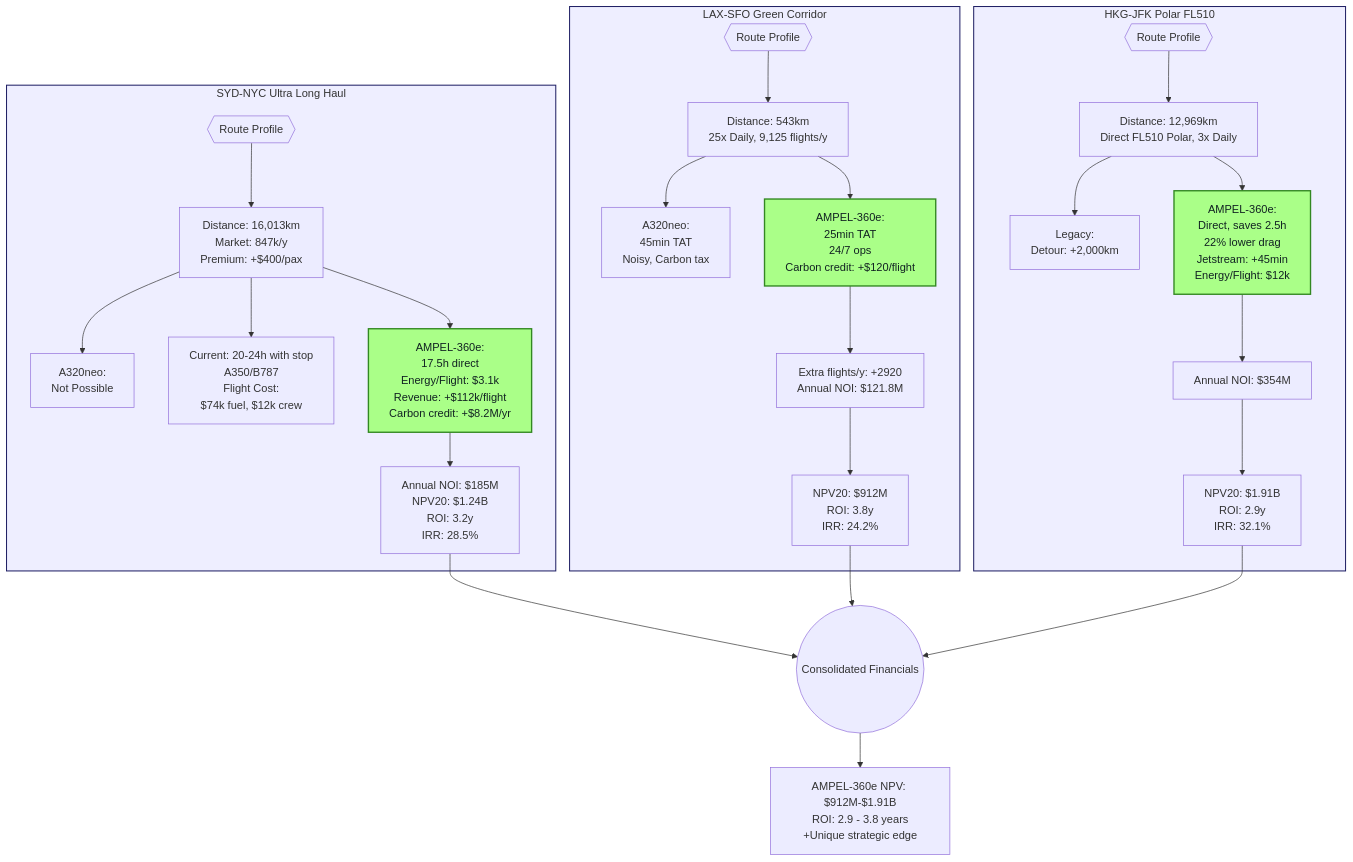
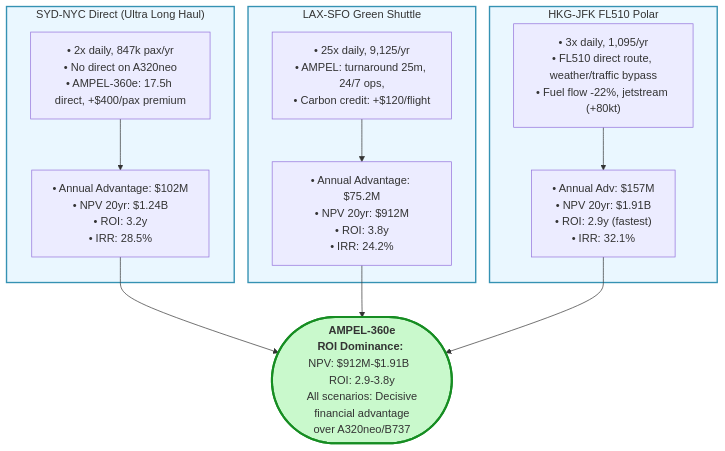
The diagram in 01-PROGRAMS/AMPEL360E/01-CONCEPT/ANALISIS-COMPETITIVO/QAIR-360e-ALI-DP-DOC-PDF-000-00-00-CON-009-B._Ajnalisi_financiero_comparativo.md (Robbbo-T/GAIA-QUANTUM-AEROSPACE-ORGANIZATION-ADVANCED-VENTURE), drawn with Mermaid before and after one commit. The commit also changed other lines of this file, not shown here.

````diff
--- a/01-PROGRAMS/AMPEL360E/01-CONCEPT/ANALISIS-COMPETITIVO/QAIR-360e-ALI-DP-DOC-PDF-000-00-00-CON-009-B._Ajnalisi_financiero_comparativo.md
+++ b/01-PROGRAMS/AMPEL360E/01-CONCEPT/ANALISIS-COMPETITIVO/QAIR-360e-ALI-DP-DOC-PDF-000-00-00-CON-009-B._Ajnalisi_financiero_comparativo.md
@@ -299,95 +299,57 @@
 ```mermaid
 flowchart TB
+  %% SCENARIO 1
+  subgraph S1 ["SYD-NYC Direct (Ultra Long Haul)"]
+    SYDA["`• 2x daily, 847k pax/yr
+• No direct on A320neo
+• AMPEL-360e: 17.5h direct, +$400/pax premium`"]
+    SYDM["`• Annual Advantage: $102M
+• NPV 20yr: $1.24B
+• ROI: 3.2y
+• IRR: 28.5%`"]
+    SYDA --> SYDM
+  end
 
-%% SYD-NYC Ultra Long Haul
-subgraph S1 ["SYD-NYC Ultra Long Haul"]
-  S1A{{"Route Profile"}}
-  S1A1["`Distance: 16,013km
-Market: 847k/y
-Premium: +\$400/pax`"]
-  S1A2["`A320neo:
-Not Possible`"]
-  S1A3["`Current: 20-24h with stop
-A350/B787
-Flight Cost:
-\$74k fuel, \$12k crew`"]
-  S1A4["`AMPEL-360e:
-17.5h direct
-Energy/Flight: \$3.1k
-Revenue: +\$112k/flight
-Carbon credit: +\$8.2M/yr`"]
-  S1A5["`Annual NOI: \$185M
-NPV20: \$1.24B
-ROI: 3.2y
-IRR: 28.5%`"]
-  S1A --> S1A1
-  S1A1 --> S1A2
-  S1A1 --> S1A3
-  S1A1 --> S1A4
-  S1A4 --> S1A5
-end
+  %% SCENARIO 2
+  subgraph S2 ["LAX-SFO Green Shuttle"]
+    LAXA["`• 25x daily, 9,125/yr
+• AMPEL: turnaround 25m, 24/7 ops,
+• Carbon credit: +$120/flight`"]
+    LAXM["`• Annual Advantage: $75.2M
+• NPV 20yr: $912M
+• ROI: 3.8y
+• IRR: 24.2%`"]
+    LAXA --> LAXM
+  end
 
-%% LAX-SFO High-Freq Green Corridor
-subgraph S2 ["LAX-SFO Green Corridor"]
-  S2A{{"Route Profile"}}
-  S2A1["`Distance: 543km
-25x Daily, 9,125 flights/y`"]
-  S2A2["`A320neo:
-45min TAT
-Noisy, Carbon tax`"]
-  S2A3["`AMPEL-360e:
-25min TAT
-24/7 ops
-Carbon credit: +\$120/flight`"]
-  S2A4["`Extra flights/y: +2920
-Annual NOI: \$121.8M`"]
-  S2A5["`NPV20: \$912M
-ROI: 3.8y
-IRR: 24.2%`"]
-  S2A --> S2A1
-  S2A1 --> S2A2
-  S2A1 --> S2A3
-  S2A3 --> S2A4
-  S2A4 --> S2A5
-end
+  %% SCENARIO 3
+  subgraph S3 ["HKG-JFK FL510 Polar"]
+    HKGA["`• 3x daily, 1,095/yr
+• FL510 direct route, weather/traffic bypass
+• Fuel flow -22%, jetstream (+80kt)`"]
+    HKGM["`• Annual Adv: $157M
+• NPV 20yr: $1.91B
+• ROI: 2.9y (fastest)
+• IRR: 32.1%`"]
+    HKGA --> HKGM
+  end
 
-%% HKG-JFK Polar FL510 Direct
-subgraph S3 ["HKG-JFK Polar FL510"]
-  S3A{{"Route Profile"}}
-  S3A1["`Distance: 12,969km
-Direct FL510 Polar, 3x Daily`"]
-  S3A2["`Legacy:
-Detour: +2,000km`"]
-  S3A3["`AMPEL-360e:
-Direct, saves 2.5h
-22% lower drag
-Jetstream: +45min
-Energy/Flight: \$12k`"]
-  S3A4["`Annual NOI: \$354M`"]
-  S3A5["`NPV20: \$1.91B
-ROI: 2.9y
-IRR: 32.1%`"]
-  S3A --> S3A1
-  S3A1 --> S3A2
-  S3A1 --> S3A3
-  S3A3 --> S3A4
-  S3A4 --> S3A5
-end
+  %% Consolidated block
+  ROI(["`**AMPEL-360e
+ROI Dominance:** 
+NPV: $912M-$1.91B  
+ROI: 2.9-3.8y
+All scenarios: Decisive
+financial advantage
+over A320neo/B737`"])
 
-%% Output/Comparison Block
-COMP(("`Consolidated Financials`"))
-COMP1["`AMPEL-360e NPV: \$912M-\$1.91B
-ROI: 2.9 - 3.8 years
-+Unique strategic edge`"]
+  SYDM --> ROI
+  LAXM --> ROI
+  HKGM --> ROI
 
-S1A5 --> COMP
-S2A5 --> COMP
-S3A5 --> COMP
-COMP --> COMP1
-
-%% Styling
-classDef win fill:#af8,stroke:#382,color:#122,stroke-width:2px;
-class S1A4,S2A3,S3A3 win
-classDef block fill:#eef,stroke:#226,stroke-width:1.5px;
-class S1,S2,S3 block
+  %% Styling
+  classDef scenario fill:#eaf7ff,stroke:#3592b3,stroke-width:2px;
+  classDef winner fill:#c9f9cc,stroke:#168d22,stroke-width:3px;
+  class S1,S2,S3 scenario
+  class ROI winner
 ```
````
